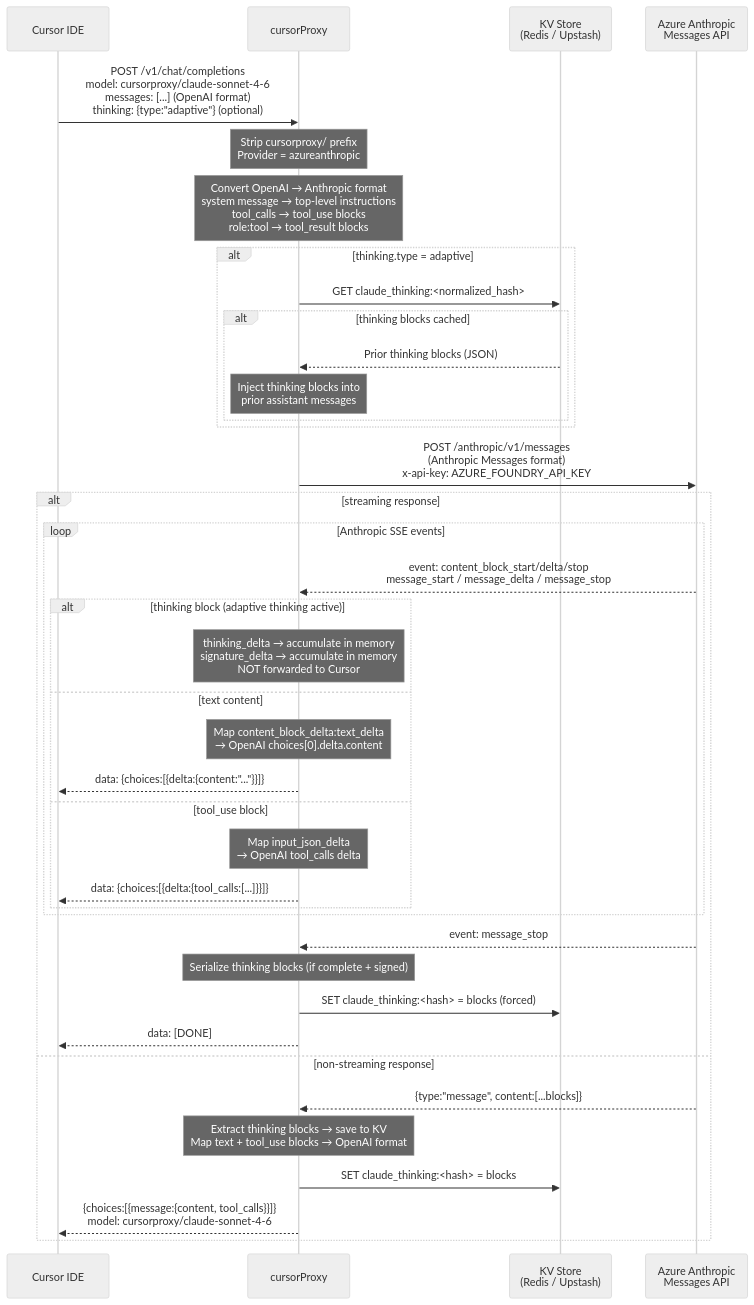
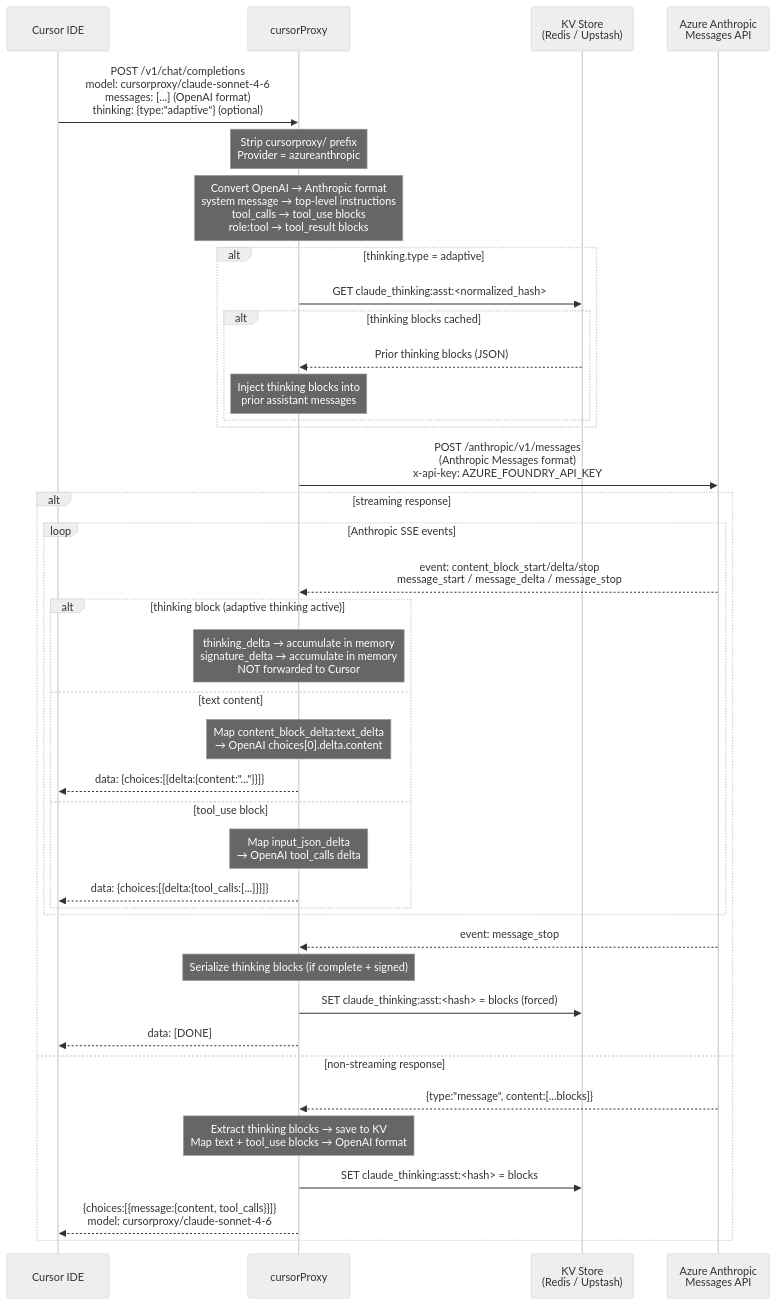
One commit to lqdflying/cursorProxy changed the second of 4 diagrams in doc/azure-anthropic.md. Above: the diagram before and after it, drawn with Mermaid (neutral theme). The commit also changed other lines of this file and 7 other files, not shown here.

````diff
--- a/doc/azure-anthropic.md
+++ b/doc/azure-anthropic.md
@@ -17,52 +17,52 @@
 ```mermaid
 sequenceDiagram
     participant C as Cursor IDE
     participant P as cursorProxy
     participant KV as KV Store<br/>(Redis / Upstash)
     participant AA as Azure Anthropic<br/>Messages API
 
     C->>P: POST /v1/chat/completions<br/>model: cursorproxy/claude-sonnet-4-6<br/>messages: [...] (OpenAI format)<br/>thinking: {type:"adaptive"} (optional)
 
     Note over P: Strip cursorproxy/ prefix<br/>Provider = azureanthropic
 
     %% Remap input format
     Note over P: Convert OpenAI → Anthropic format<br/>system message → top-level instructions<br/>tool_calls → tool_use blocks<br/>role:tool → tool_result blocks
 
     %% Claude thinking injection
     alt thinking.type = adaptive
-        P->>KV: GET claude_thinking:<normalized_hash>
+        P->>KV: GET claude_thinking:asst:<normalized_hash>
         alt thinking blocks cached
             KV-->>P: Prior thinking blocks (JSON)
             Note over P: Inject thinking blocks into<br/>prior assistant messages
         end
     end
 
     P->>AA: POST /anthropic/v1/messages<br/>(Anthropic Messages format)<br/>x-api-key: AZURE_FOUNDRY_API_KEY
 
     alt streaming response
         loop Anthropic SSE events
             AA-->>P: event: content_block_start/delta/stop<br/>message_start / message_delta / message_stop
 
             alt thinking block (adaptive thinking active)
                 Note over P: thinking_delta → accumulate in memory<br/>signature_delta → accumulate in memory<br/>NOT forwarded to Cursor
             else text content
                 Note over P: Map content_block_delta:text_delta<br/>→ OpenAI choices[0].delta.content
                 P-->>C: data: {choices:[{delta:{content:"..."}}]}
             else tool_use block
                 Note over P: Map input_json_delta<br/>→ OpenAI tool_calls delta
                 P-->>C: data: {choices:[{delta:{tool_calls:[...]}}]}
             end
         end
 
         AA-->>P: event: message_stop
         Note over P: Serialize thinking blocks (if complete + signed)
-        P->>KV: SET claude_thinking:<hash> = blocks (forced)
+        P->>KV: SET claude_thinking:asst:<hash> = blocks (forced)
         P-->>C: data: [DONE]
 
     else non-streaming response
         AA-->>P: {type:"message", content:[...blocks]}
         Note over P: Extract thinking blocks → save to KV<br/>Map text + tool_use blocks → OpenAI format
-        P->>KV: SET claude_thinking:<hash> = blocks
+        P->>KV: SET claude_thinking:asst:<hash> = blocks
         P-->>C: {choices:[{message:{content, tool_calls}}]}<br/>model: cursorproxy/claude-sonnet-4-6
     end
 ```
````
